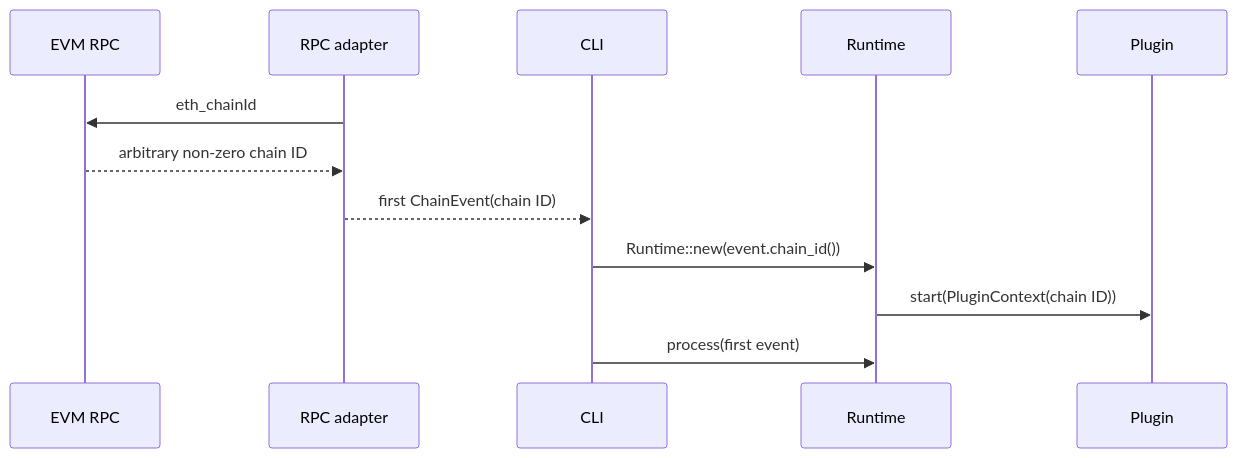
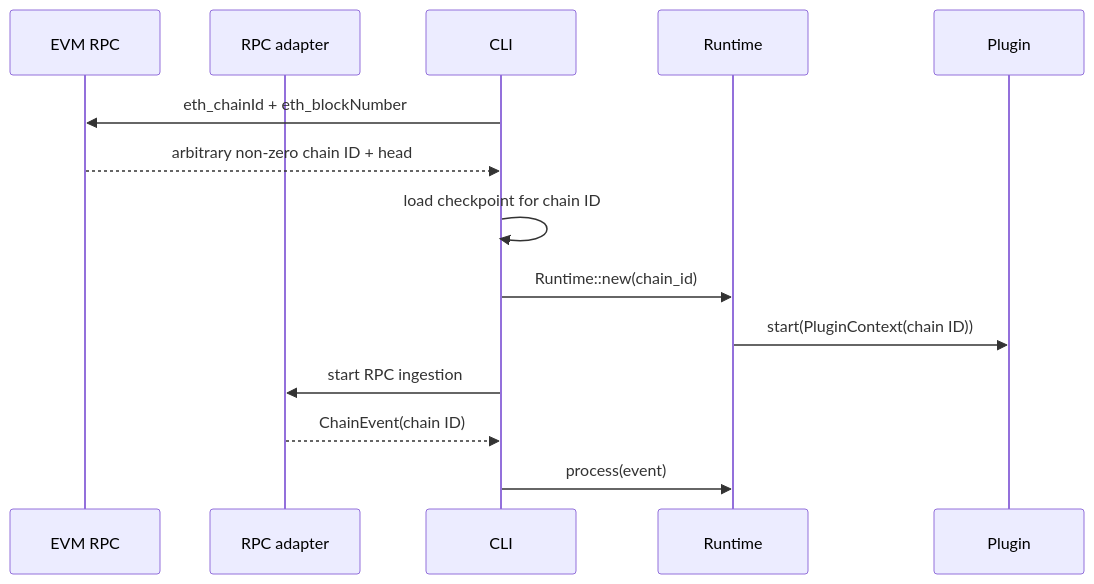
The third of 8 diagrams in docs/concepts/architecture.mdx (abhi3700/raven), drawn with Mermaid before and after one commit. The commit also changed other lines of this file and 36 other files, not shown here.

First line of the commit message:
feat: add reliable event delivery and runtime docs

````diff
--- a/docs/concepts/architecture.mdx
+++ b/docs/concepts/architecture.mdx
@@ -109,15 +127,17 @@
 ```mermaid
 sequenceDiagram
     participant RPC as EVM RPC
     participant Source as RPC adapter
     participant CLI
     participant Runtime
     participant Plugin
 
-    Source->>RPC: eth_chainId
-    RPC-->>Source: arbitrary non-zero chain ID
-    Source-->>CLI: first ChainEvent(chain ID)
-    CLI->>Runtime: Runtime::new(event.chain_id())
+    CLI->>RPC: eth_chainId + eth_blockNumber
+    RPC-->>CLI: arbitrary non-zero chain ID + head
+    CLI->>CLI: load checkpoint for chain ID
+    CLI->>Runtime: Runtime::new(chain_id)
     Runtime->>Plugin: start(PluginContext(chain ID))
-    CLI->>Runtime: process(first event)
+    CLI->>Source: start RPC ingestion
+    Source-->>CLI: ChainEvent(chain ID)
+    CLI->>Runtime: process(event)
 ```
````
